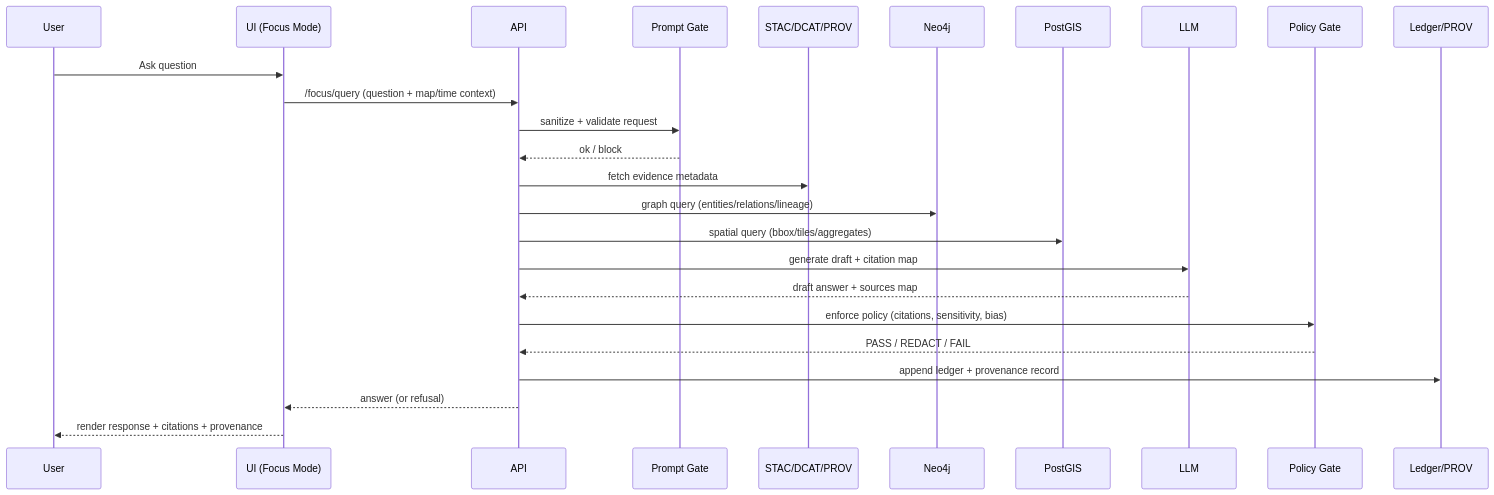
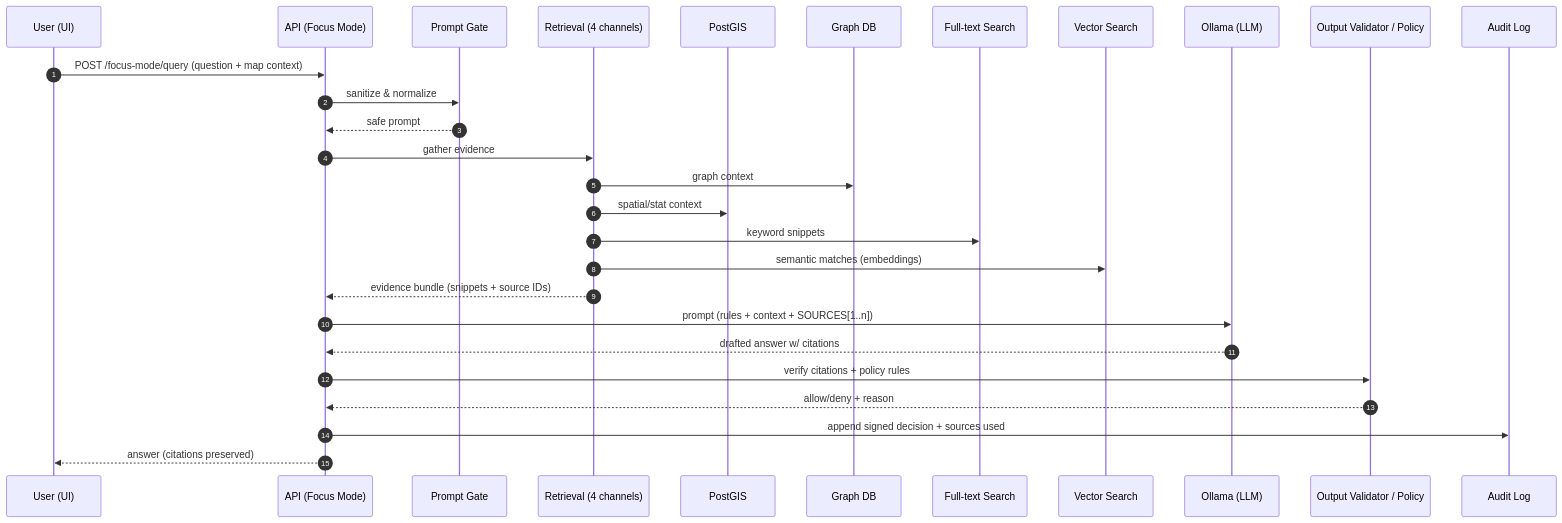
The second of 3 diagrams in docs/architecture/diagrams/README.md (bartytime4life/Kansas-Frontier-Matrix), drawn with Mermaid before and after one commit. The commit also changed other lines of this file, not shown here.

````diff
--- a/docs/architecture/diagrams/README.md
+++ b/docs/architecture/diagrams/README.md
@@ -483,30 +165,34 @@
 ```mermaid
 sequenceDiagram
-  participant U as User
-  participant UI as UI (Focus Mode)
-  participant API as API
-  participant P as Prompt Gate
-  participant C as STAC/DCAT/PROV
-  participant G as Neo4j
-  participant S as PostGIS
-  participant L as LLM
-  participant K as Policy Gate
-  participant D as Ledger/PROV
+  autonumber
+  participant User as User (UI)
+  participant API as API (Focus Mode)
+  participant Gate as Prompt Gate
+  participant R as Retrieval (4 channels)
+  participant DB1 as PostGIS
+  participant DB2 as Graph DB
+  participant FT as Full-text Search
+  participant V as Vector Search
+  participant LLM as Ollama (LLM)
+  participant Policy as Output Validator / Policy
+  participant Log as Audit Log
 
-  U->>UI: Ask question
-  UI->>API: /focus/query (question + map/time context)
-  API->>P: sanitize + validate request
-  P-->>API: ok / block
+  User->>API: POST /focus-mode/query (question + map context)
+  API->>Gate: sanitize & normalize
+  Gate-->>API: safe prompt
 
-  API->>C: fetch evidence metadata
-  API->>G: graph query (entities/relations/lineage)
-  API->>S: spatial query (bbox/tiles/aggregates)
-  API->>L: generate draft + citation map
+  API->>R: gather evidence
+  R->>DB2: graph context
+  R->>DB1: spatial/stat context
+  R->>FT: keyword snippets
+  R->>V: semantic matches (embeddings)
+  R-->>API: evidence bundle (snippets + source IDs)
 
-  L-->>API: draft answer + sources map
-  API->>K: enforce policy (citations, sensitivity, bias)
-  K-->>API: PASS / REDACT / FAIL
-  API->>D: append ledger + provenance record
-  API-->>UI: answer (or refusal)
-  UI-->>U: render response + citations + provenance
+  API->>LLM: prompt (rules + context + SOURCES[1..n])
+  LLM-->>API: drafted answer w/ citations
+
+  API->>Policy: verify citations + policy rules
+  Policy-->>API: allow/deny + reason
+  API->>Log: append signed decision + sources used
+  API-->>User: answer (citations preserved)
 ```
````
